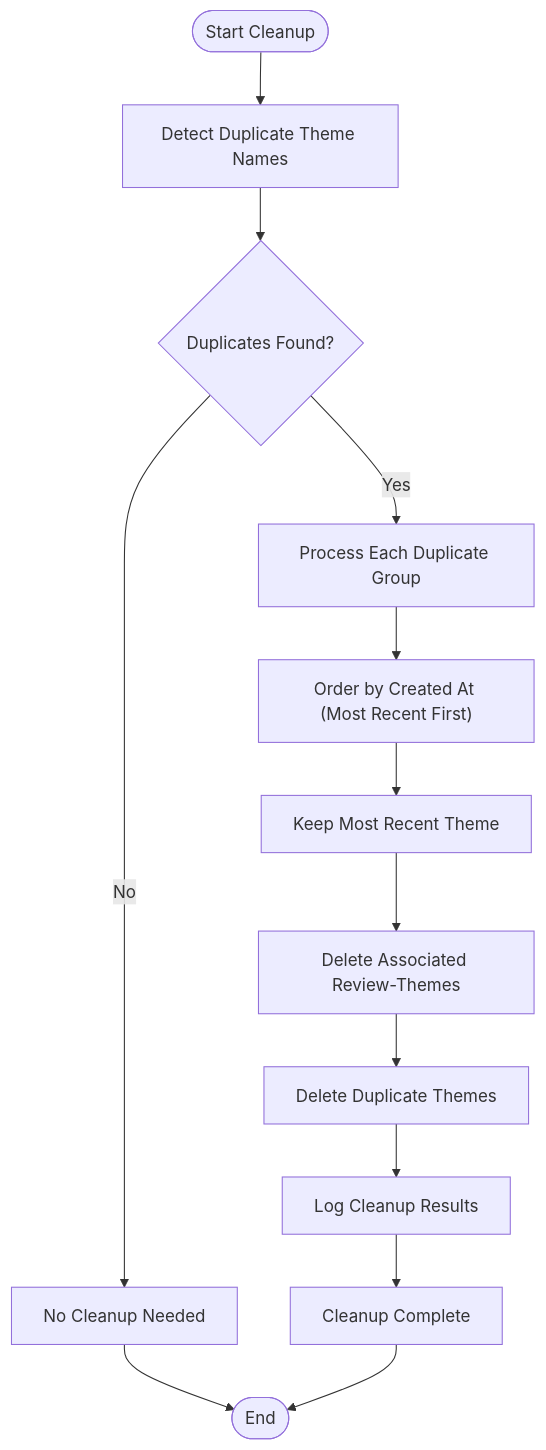
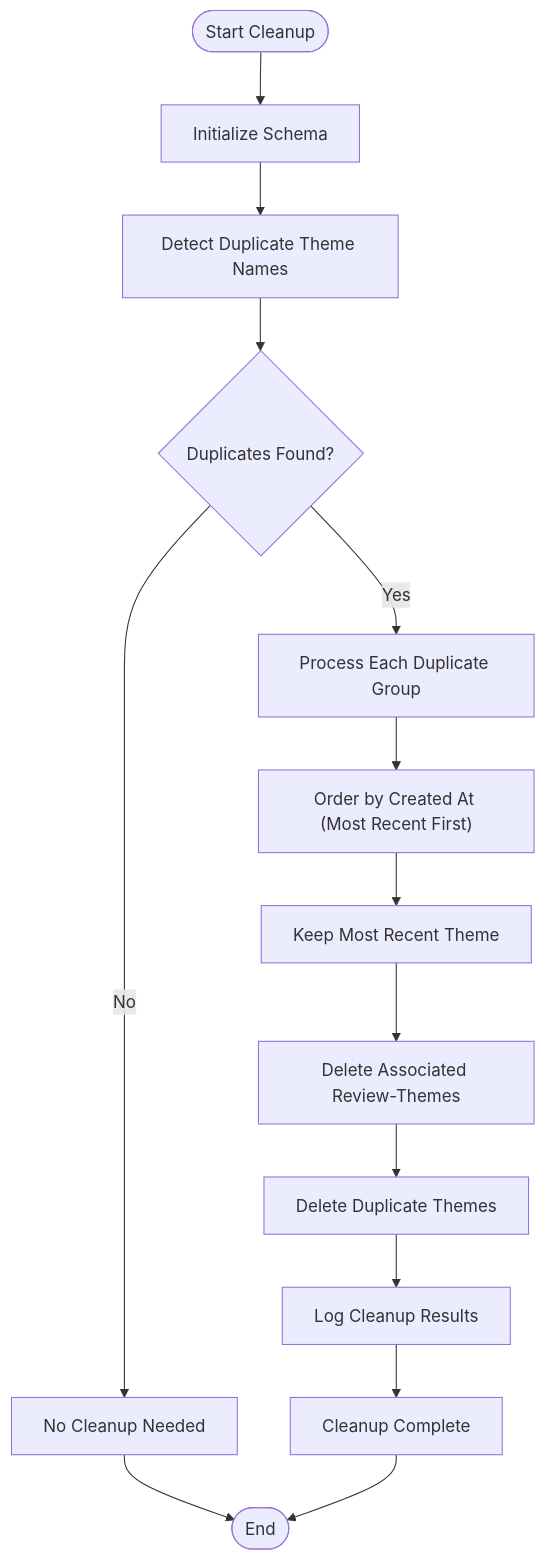
One commit to aravinthraj-ramalingam/Groww-App-Review-Insights-Analyzer- changed the eighth of 9 diagrams in .qoder/repowiki/en/content/Phase 2_ Advanced Analytics & Automation/Theme Generation & Management.md. Above: the diagram before and after it, drawn with Mermaid. The commit also changed other lines of this file and 4 other files, not shown here.

````diff
--- a/.qoder/repowiki/en/content/Phase 2_ Advanced Analytics & Automation/Theme Generation & Management.md
+++ b/.qoder/repowiki/en/content/Phase 2_ Advanced Analytics & Automation/Theme Generation & Management.md
@@ -458,15 +476,16 @@
 ```mermaid
 flowchart TD
-Start(["Start Cleanup"]) --> Detect["Detect Duplicate Theme Names"]
+Start(["Start Cleanup"]) --> InitSchema["Initialize Schema"]
+InitSchema --> Detect["Detect Duplicate Theme Names"]
 Detect --> Found{"Duplicates Found?"}
 Found --> |No| Success["No Cleanup Needed"]
 Found --> |Yes| Process["Process Each Duplicate Group"]
 Process --> Order["Order by Created At (Most Recent First)"]
 Order --> Keep["Keep Most Recent Theme"]
 Keep --> DeleteRT["Delete Associated Review-Themes"]
 DeleteRT --> DeleteT["Delete Duplicate Themes"]
 DeleteT --> Log["Log Cleanup Results"]
 Log --> Complete["Cleanup Complete"]
 Success --> End(["End"])
 Complete --> End
 ```
````
